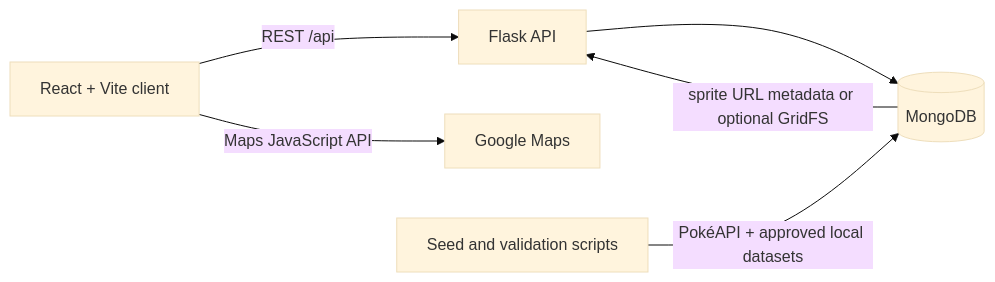
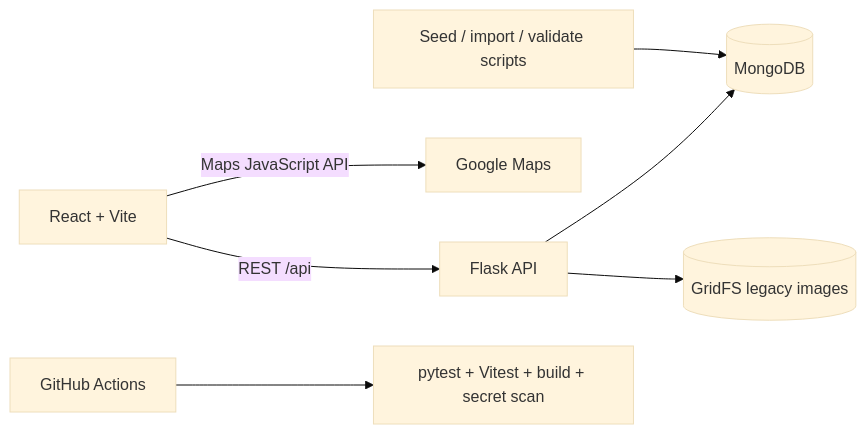
One commit to la3679/Pok-dex changed the first of 4 diagrams in docs/ARCHITECTURE.md. Above: the diagram before and after it, drawn with Mermaid (base theme). The commit also changed other lines of this file and 54 other files, not shown here.

````diff
--- a/docs/ARCHITECTURE.md
+++ b/docs/ARCHITECTURE.md
@@ -9,8 +7,9 @@
 ```mermaid
 flowchart LR
-  Browser[React + Vite client] -->|REST /api| Flask[Flask API]
-  Browser -->|Maps JavaScript API| Maps[Google Maps]
-  Flask --> Mongo[(MongoDB)]
-  Seed[Seed and validation scripts] -->|PokéAPI + approved local datasets| Mongo
-  Mongo -->|sprite URL metadata or optional GridFS| Flask
+  Browser["React + Vite"] -->|"REST /api"| Flask["Flask API"]
+  Browser -->|"Maps JavaScript API"| Maps["Google Maps"]
+  Flask --> Mongo[("MongoDB")]
+  Flask --> GridFS[("GridFS legacy images")]
+  Scripts["Seed / import / validate scripts"] --> Mongo
+  CI["GitHub Actions"] --> Quality["pytest + Vitest + build + secret scan"]
 ```
````
